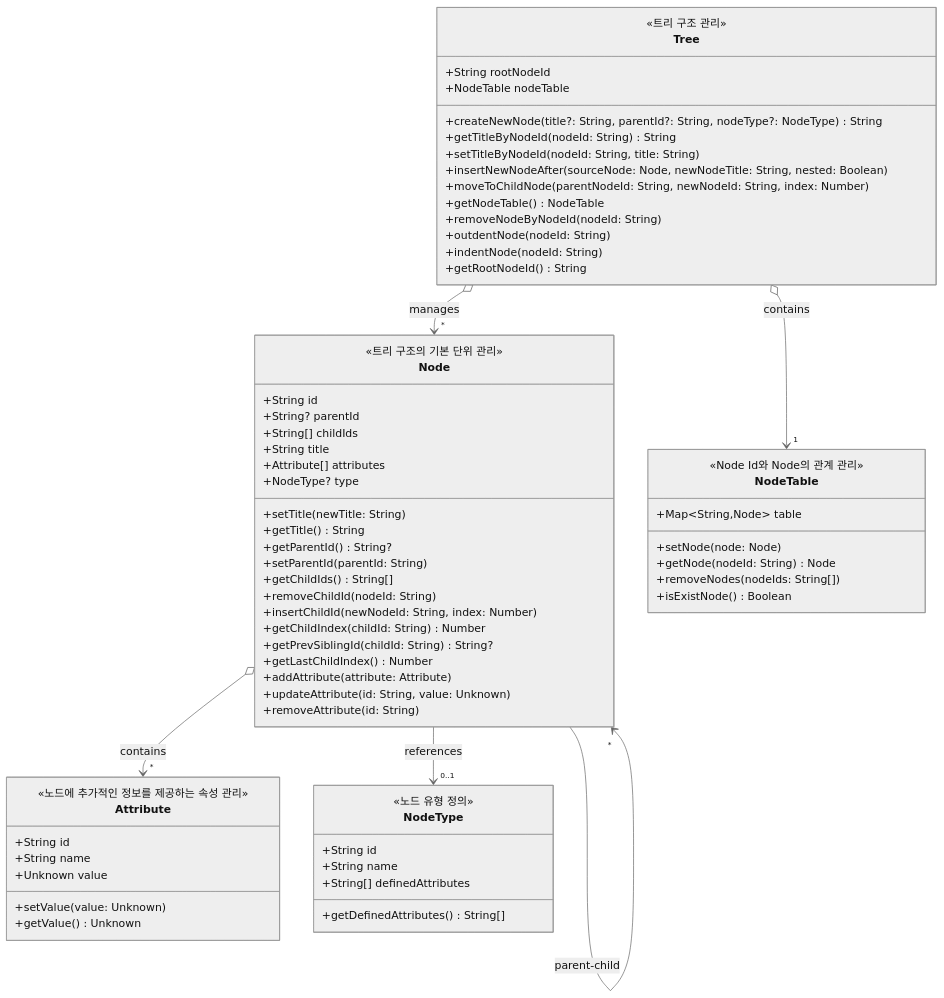
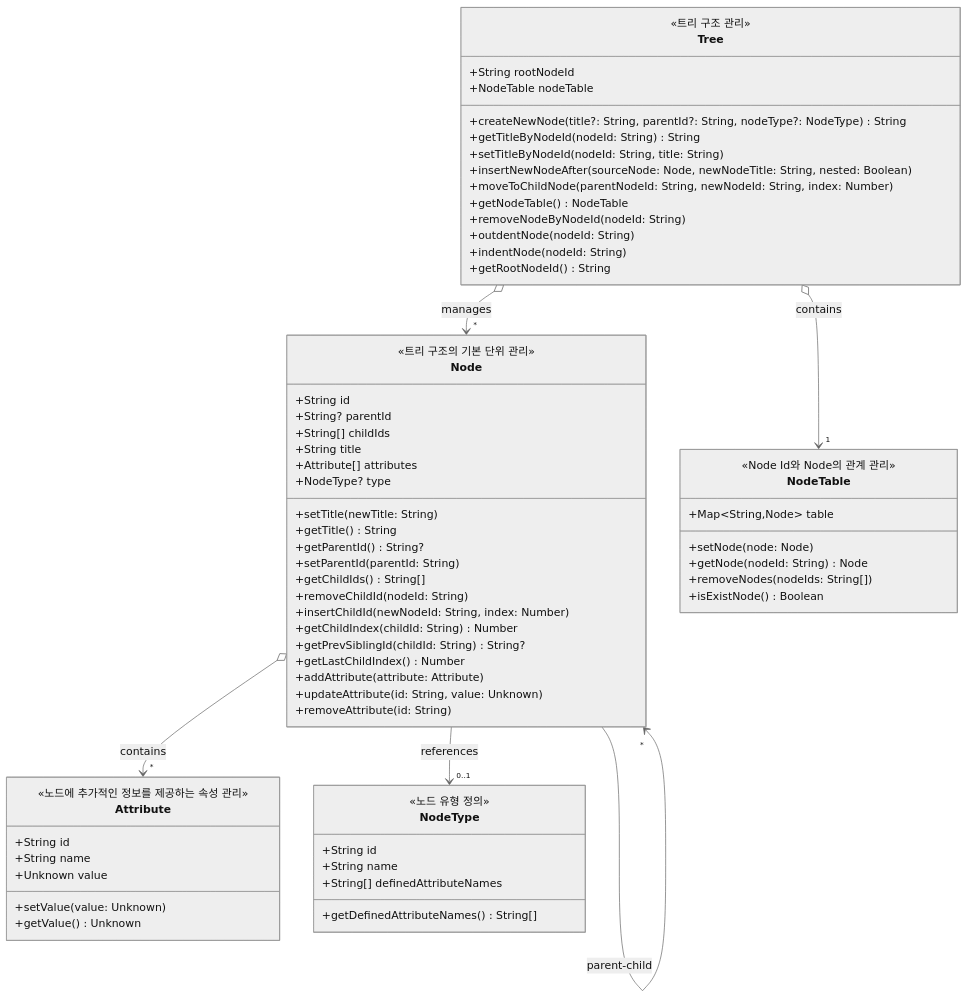
The diagram in src/.cursor/project/node/arch.md (wes5510/voyl), drawn with Mermaid (neutral theme) before and after one commit. The commit also changed 2 other files, not shown here.

Commit message:
feat: add node type schema and service

````diff
--- a/src/.cursor/project/node/arch.md
+++ b/src/.cursor/project/node/arch.md
@@ -1,77 +1,77 @@
 ```mermaid
 classDiagram
   class Node {
     <<트리 구조의 기본 단위 관리>>
     +String id
     +String? parentId
     +String[] childIds
     +String title
     +Attribute[] attributes
     +NodeType? type
 
     +setTitle(newTitle: String)
     +getTitle() String
     +getParentId() String?
     +setParentId(parentId: String)
     +getChildIds() String[]
     +removeChildId(nodeId: String)
     +insertChildId(newNodeId: String, index: Number)
     +getChildIndex(childId: String) Number
     +getPrevSiblingId(childId: String) String?
     +getLastChildIndex() Number
     +addAttribute(attribute: Attribute)
     +updateAttribute(id: String, value: Unknown)
     +removeAttribute(id: String)
   }
 
   class Tree {
     <<트리 구조 관리>>
     +String rootNodeId
     +NodeTable nodeTable
 
     +createNewNode(title?: String, parentId?: String, nodeType?: NodeType) String
     +getTitleByNodeId(nodeId: String) String
     +setTitleByNodeId(nodeId: String, title: String)
     +insertNewNodeAfter(sourceNode: Node, newNodeTitle: String, nested: Boolean)
     +moveToChildNode(parentNodeId: String, newNodeId: String, index: Number)
     +getNodeTable() NodeTable
     +removeNodeByNodeId(nodeId: String)
     +outdentNode(nodeId: String)
     +indentNode(nodeId: String)
     +getRootNodeId() String
   }
 
   class NodeTable {
     <<Node Id와 Node의 관계 관리>>
 
     +Map~String,Node~ table
 
     +setNode(node: Node)
     +getNode(nodeId: String) Node
     +removeNodes(nodeIds: String[])
     +isExistNode() Boolean
   }
 
   class Attribute {
     <<노드에 추가적인 정보를 제공하는 속성 관리>>
     +String id
     +String name
     +Unknown value
     +setValue(value: Unknown)
     +getValue() Unknown
   }
 
   class NodeType {
     <<노드 유형 정의>>
     +String id
     +String name
-    +String[] definedAttributes
-    +getDefinedAttributes() String[]
+    +String[] definedAttributeNames
+    +getDefinedAttributeNames() String[]
   }
 
   Tree o--> "1" NodeTable : contains
   Tree o--> "*" Node : manages
   Node o--> "*" Attribute : contains
   Node --> "0..1" NodeType : references
   Node --> "*" Node : parent-child
 ```
````
